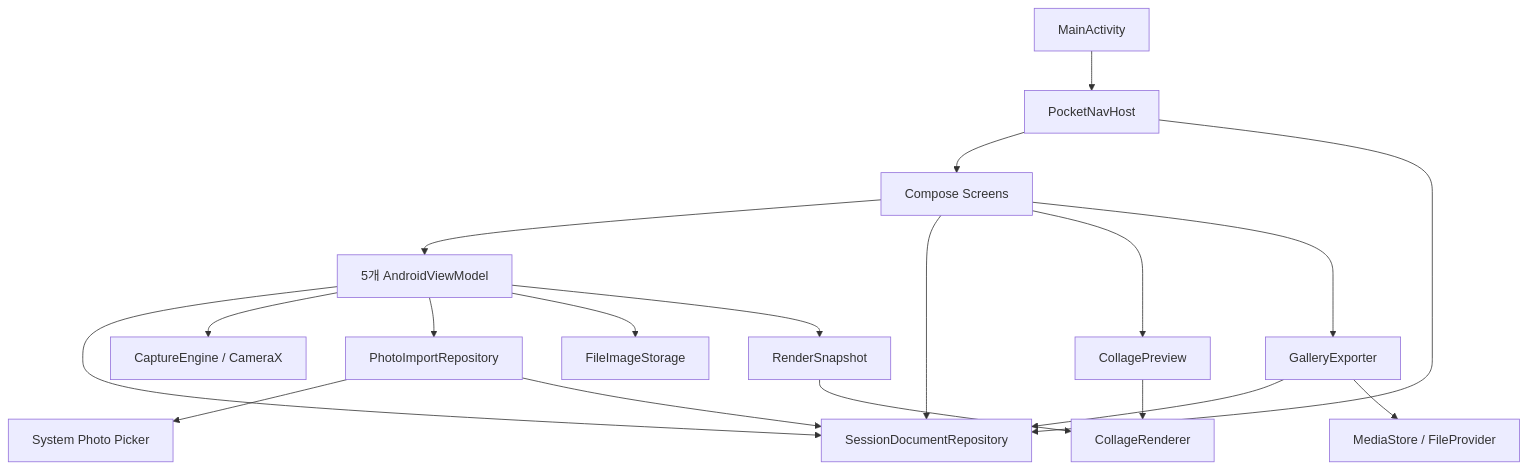
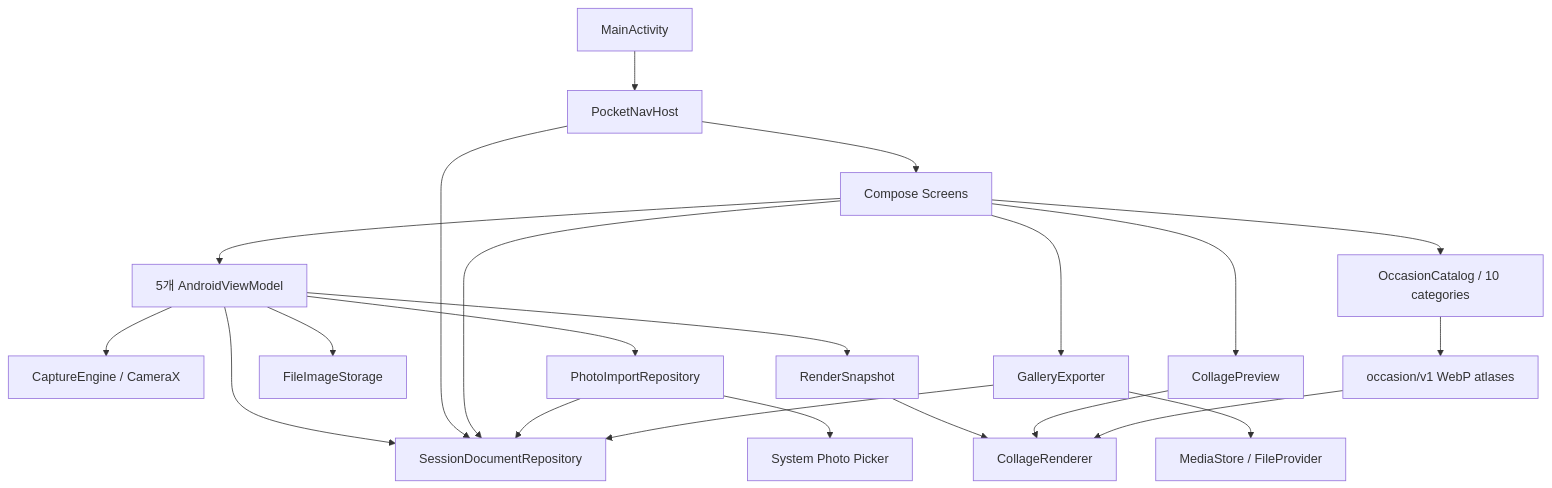
The first of 2 diagrams in docs/ARCHITECTURE.md (sin-jun-woo/Pocket-4Cut-Android), drawn with Mermaid before and after one commit. The commit also changed other lines of this file and 217 other files, not shown here.

````diff
--- a/docs/ARCHITECTURE.md
+++ b/docs/ARCHITECTURE.md
@@ -23,21 +23,24 @@
 ```mermaid
 flowchart TD
     Activity[MainActivity] --> Nav[PocketNavHost]
     Nav --> UI[Compose Screens]
     UI --> VM[5개 AndroidViewModel]
     VM --> Store[SessionDocumentRepository]
     Nav --> Store
     UI --> Store
     VM --> Camera[CaptureEngine / CameraX]
     VM --> Import[PhotoImportRepository]
     Import --> Picker[System Photo Picker]
     Import --> Store
     VM --> Storage[FileImageStorage]
     VM --> Snapshot[RenderSnapshot]
     Snapshot --> Renderer[CollageRenderer]
     UI --> Preview[CollagePreview]
     Preview --> Renderer
+    UI --> OccasionCatalog[OccasionCatalog / 10 categories]
+    OccasionCatalog --> OccasionAssets[occasion/v1 WebP atlases]
+    OccasionAssets --> Renderer
     UI --> Exporter[GalleryExporter]
     Exporter --> Store
     Exporter --> Media[MediaStore / FileProvider]
 ```
````
